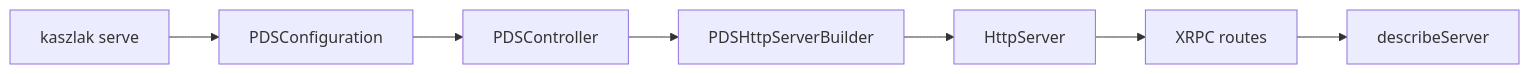
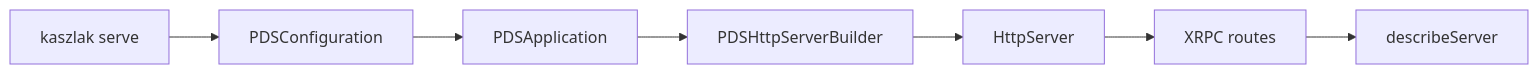
One commit to jvalinsky/garazyk changed the diagram in docs/10-tutorials/tutorial-1-hello-pds.md. Above: the diagram before and after it, drawn with Mermaid. The commit also changed other lines of this file and 17 other files, not shown here.

````diff
--- a/docs/10-tutorials/tutorial-1-hello-pds.md
+++ b/docs/10-tutorials/tutorial-1-hello-pds.md
@@ -40,9 +40,9 @@
 ```mermaid
 flowchart LR
   CLI["kaszlak serve"] --> Config["PDSConfiguration"]
-  Config --> Controller["PDSController"]
-  Controller --> Builder["PDSHttpServerBuilder"]
+  Config --> App["PDSApplication"]
+  App --> Builder["PDSHttpServerBuilder"]
   Builder --> Http["HttpServer"]
   Http --> Xrpc["XRPC routes"]
   Xrpc --> Describe["describeServer"]
 ```
````
